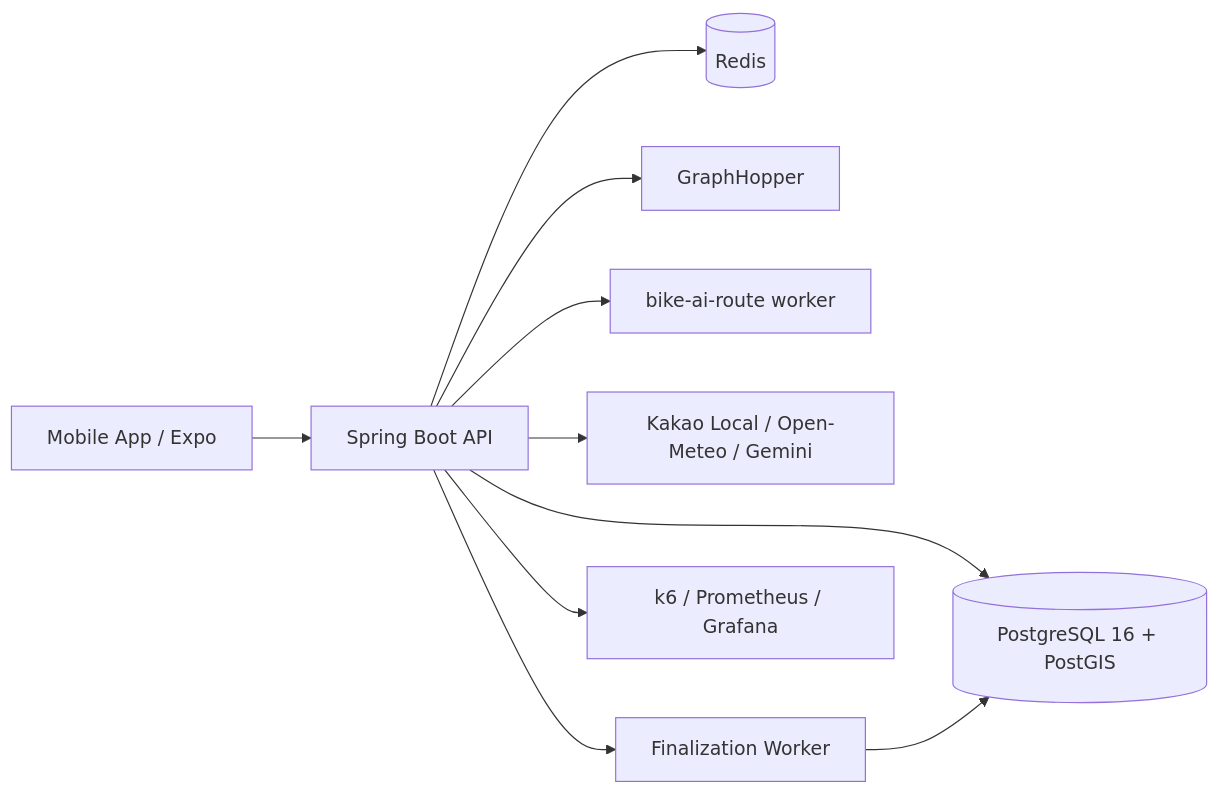
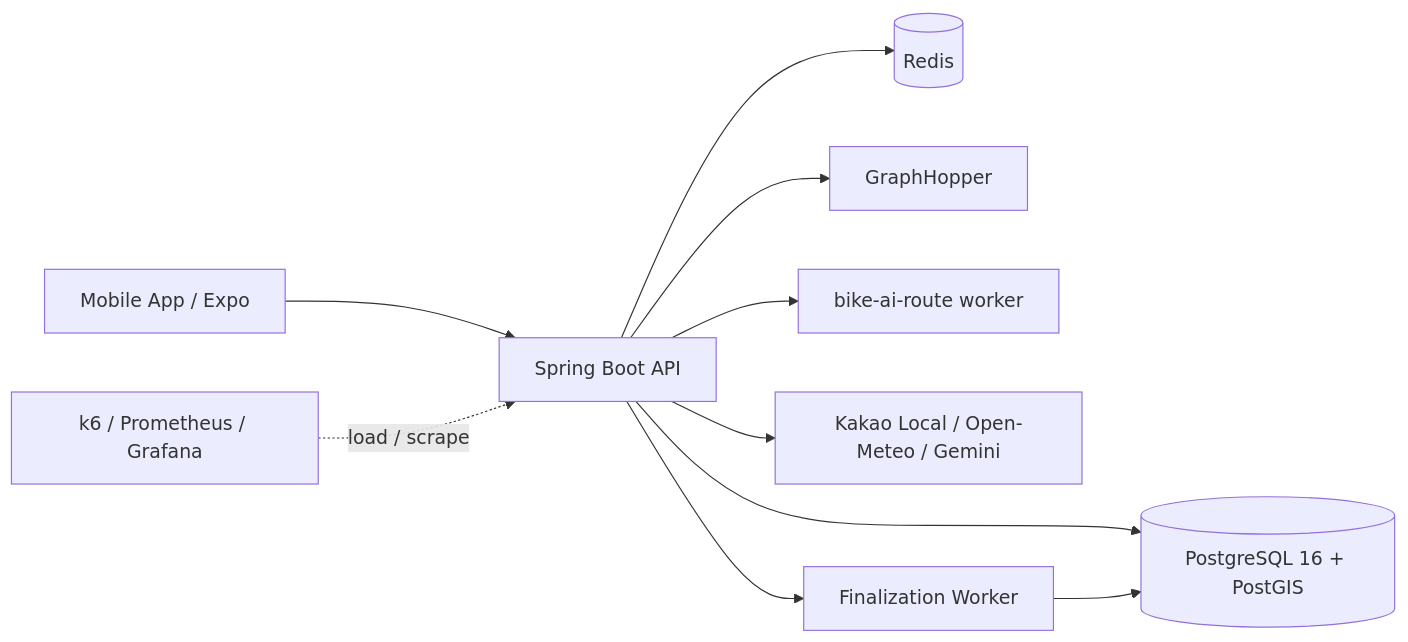
The diagram in README.md (BIKE-PROJECT-MINJI/bike-back), drawn with Mermaid before and after one commit. The commit also changed other lines of this file, not shown here.

````diff
--- a/README.md
+++ b/README.md
@@ -40,22 +46,22 @@
 ```mermaid
 flowchart LR
     RN["Mobile App / Expo"]
     API["Spring Boot API"]
     DB[("PostgreSQL 16 + PostGIS")]
     Redis[("Redis")]
     GH["GraphHopper"]
     AI["bike-ai-route worker"]
     Provider["Kakao Local / Open-Meteo / Gemini"]
     Worker["Finalization Worker"]
     Obs["k6 / Prometheus / Grafana"]
 
     RN --> API
     API --> DB
     API --> Redis
     API --> GH
     API --> AI
     API --> Provider
     API --> Worker
     Worker --> DB
-    API --> Obs
+    Obs -. "load / scrape" .-> API
 ```
````
